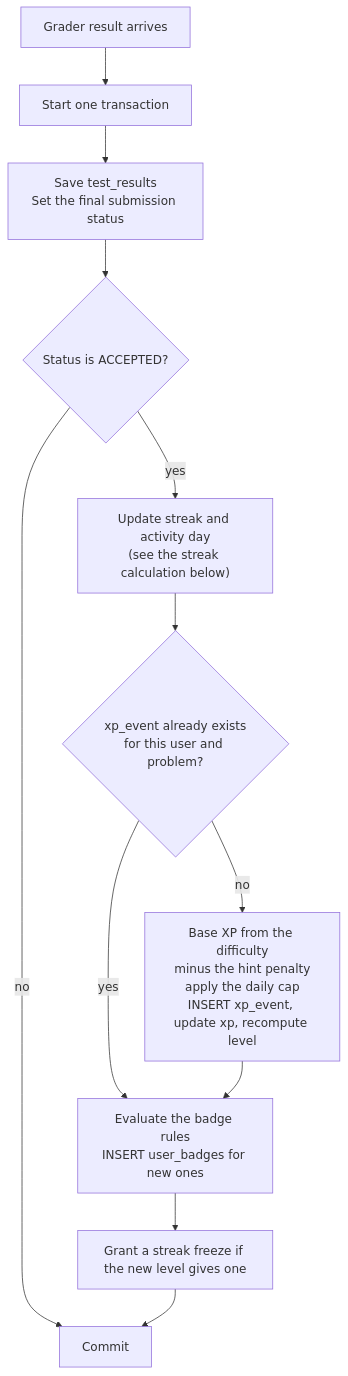
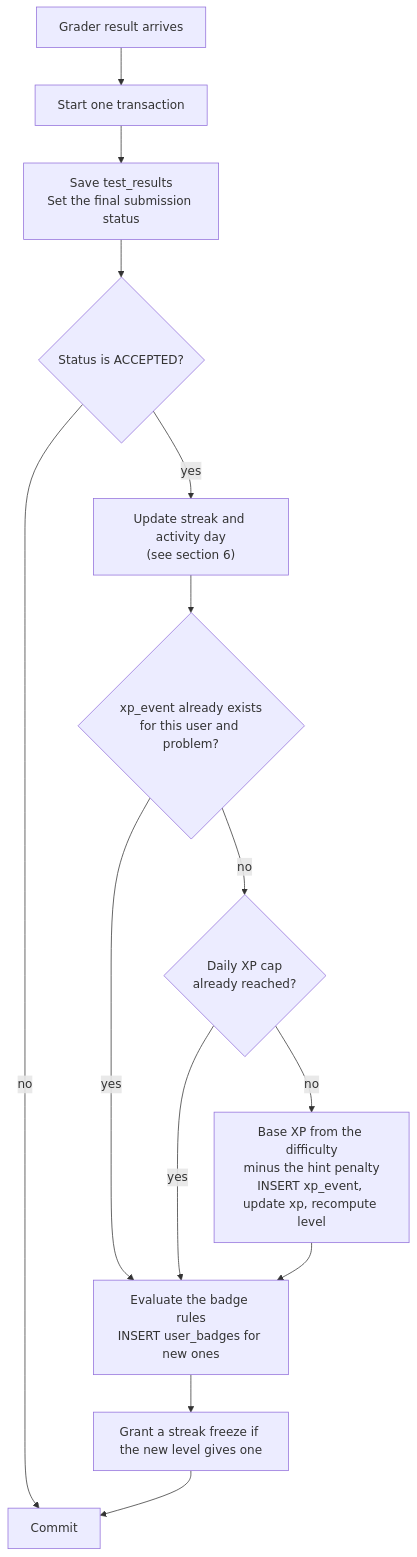
Before and after one commit to Kerolly/software_engineering_II: the fifth of 10 diagrams in docs/design/flows.md, drawn with Mermaid. The commit also changed other lines of this file and 2 other files, not shown here.

````diff
--- a/docs/design/flows.md
+++ b/docs/design/flows.md
@@ -120,14 +163,16 @@
 ```mermaid
 flowchart TD
     A["Grader result arrives"] --> B["Start one transaction"]
     B --> C["Save test_results<br/>Set the final submission status"]
     C --> D{"Status is ACCEPTED?"}
     D -- no --> Z["Commit"]
-    D -- yes --> E["Update streak and activity day<br/>(see the streak calculation below)"]
+    D -- yes --> E["Update streak and activity day<br/>(see section 6)"]
     E --> F{"xp_event already exists<br/>for this user and problem?"}
     F -- yes --> H
-    F -- no --> G["Base XP from the difficulty<br/>minus the hint penalty<br/>apply the daily cap<br/>INSERT xp_event, update xp, recompute level"]
+    F -- no --> K{"Daily XP cap<br/>already reached?"}
+    K -- yes --> H
+    K -- no --> G["Base XP from the difficulty<br/>minus the hint penalty<br/>INSERT xp_event, update xp, recompute level"]
     G --> H["Evaluate the badge rules<br/>INSERT user_badges for new ones"]
     H --> I["Grant a streak freeze if the new level gives one"]
     I --> Z
 ```
````
